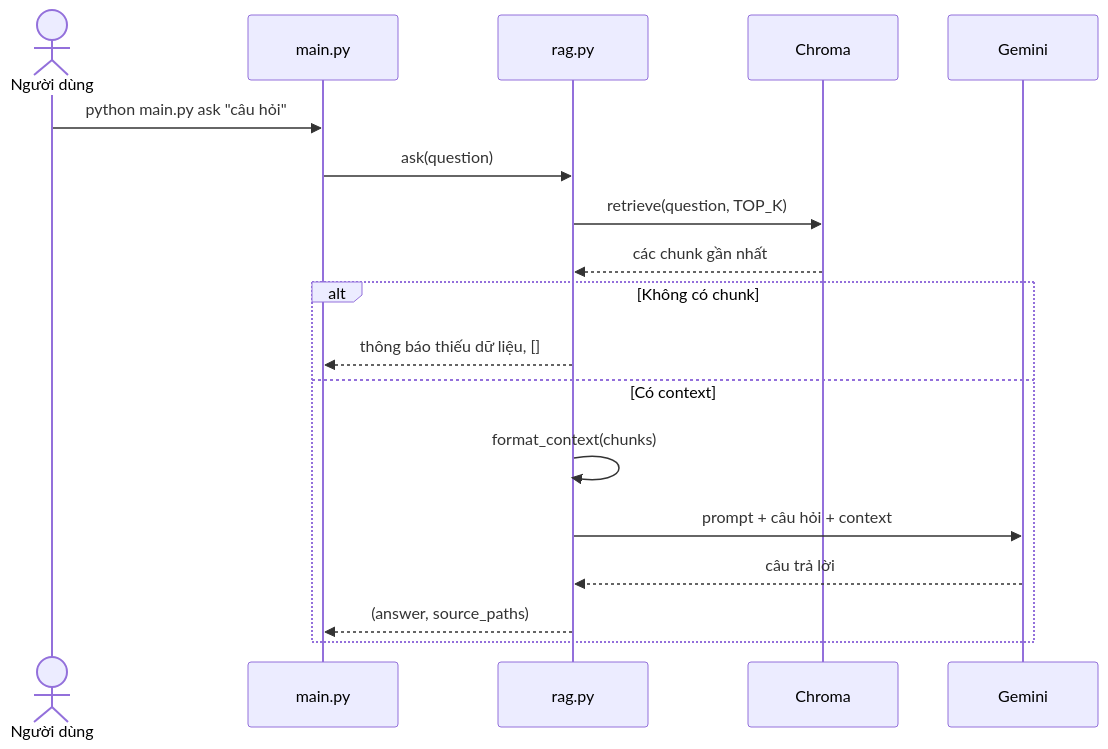
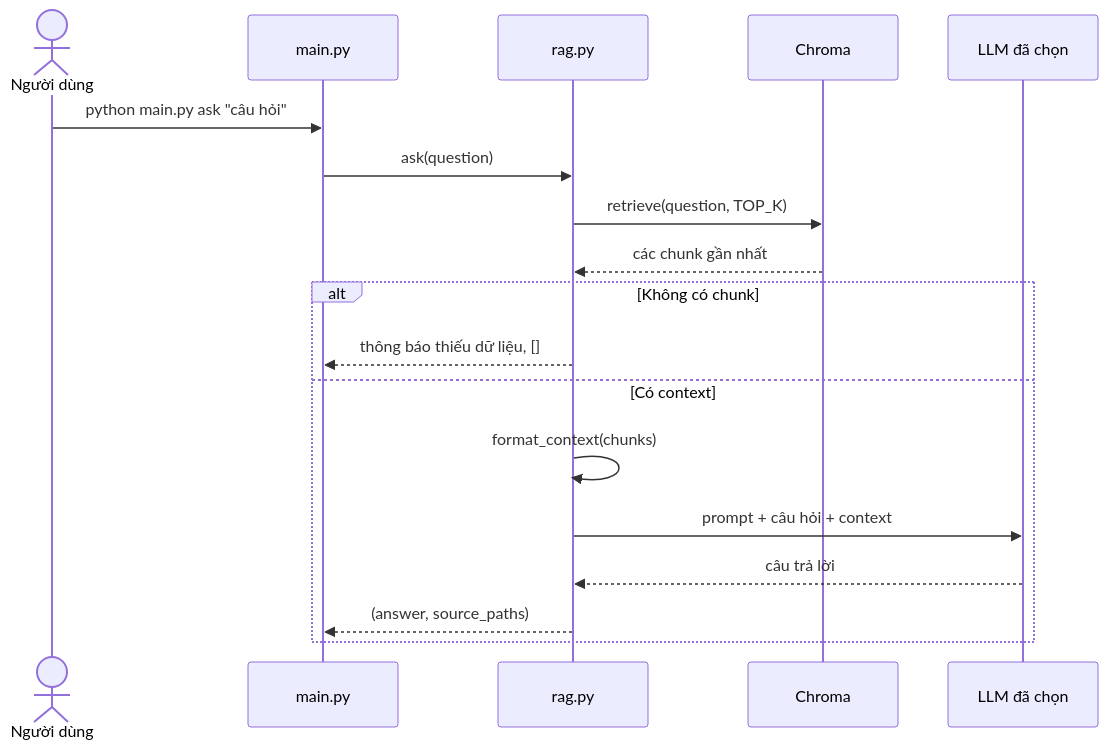
Before and after one commit to thuanngza2203/capstone-project-039-253: the third of 3 diagrams in RAG-module/docs/PIPELINE.md, drawn with Mermaid. The commit also changed other lines of this file and 56 other files, not shown here.

````diff
--- a/RAG-module/docs/PIPELINE.md
+++ b/RAG-module/docs/PIPELINE.md
@@ -92,20 +96,20 @@
 ```mermaid
 sequenceDiagram
     actor U as Người dùng
     participant CLI as main.py
     participant R as rag.py
     participant C as Chroma
-    participant G as Gemini
+    participant G as LLM đã chọn
     U->>CLI: python main.py ask "câu hỏi"
     CLI->>R: ask(question)
     R->>C: retrieve(question, TOP_K)
     C-->>R: các chunk gần nhất
     alt Không có chunk
         R-->>CLI: thông báo thiếu dữ liệu, []
     else Có context
         R->>R: format_context(chunks)
         R->>G: prompt + câu hỏi + context
         G-->>R: câu trả lời
         R-->>CLI: (answer, source_paths)
     end
 ```
````
